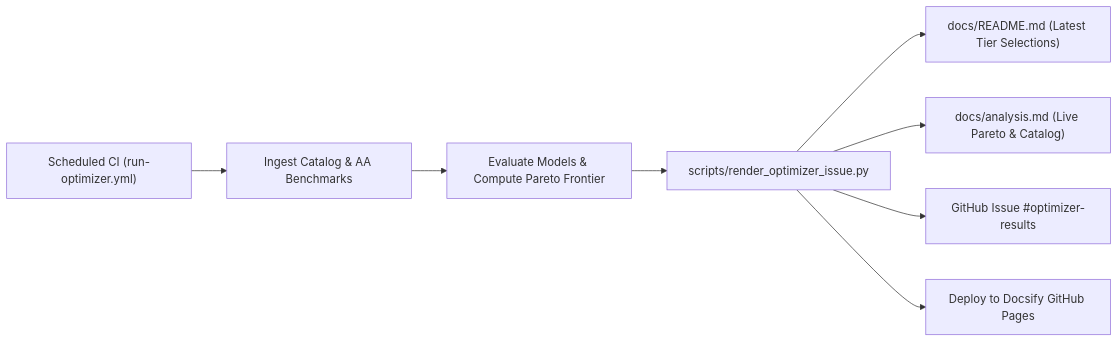
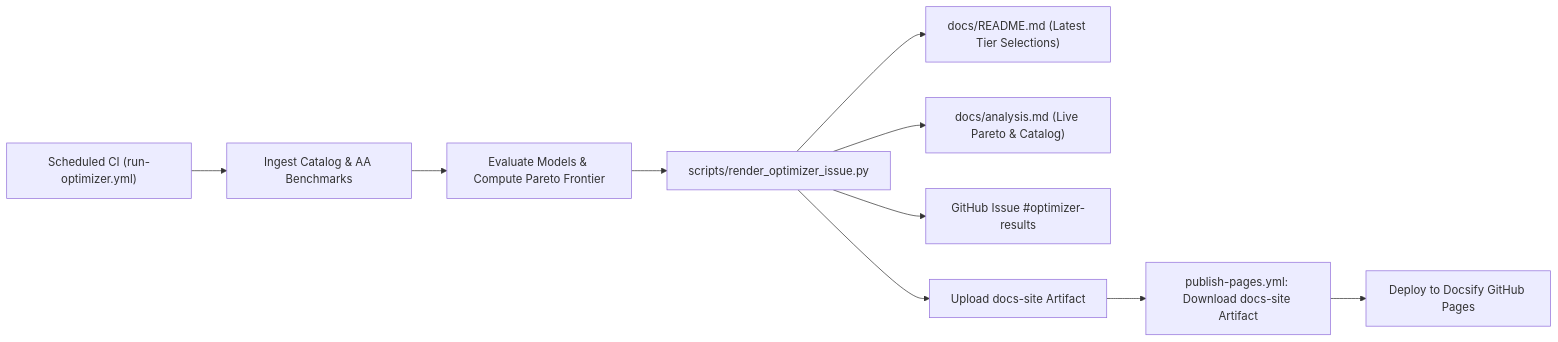
The diagram in docs/README.md (dbensmith/opencode-go-model-optimizer), drawn with Mermaid before and after one commit. The commit also changed 5 other files, not shown here.

Commit message:
feat(ci): publish the Docsify site from a dedicated Pages workflow

````diff
--- a/docs/README.md
+++ b/docs/README.md
@@ -5,10 +5,12 @@
 ```mermaid
 flowchart LR
     CI["Scheduled CI (run-optimizer.yml)"] --> FETCH["Ingest Catalog & AA Benchmarks"]
     FETCH --> OPT["Evaluate Models & Compute Pareto Frontier"]
     OPT --> RENDER["scripts/render_optimizer_issue.py"]
     RENDER --> TIERS["docs/README.md (Latest Tier Selections)"]
     RENDER --> CHARTS["docs/analysis.md (Live Pareto & Catalog)"]
     RENDER --> ISSUE["GitHub Issue #optimizer-results"]
-    RENDER --> PAGES["Deploy to Docsify GitHub Pages"]
+    RENDER --> ARTIFACT["Upload docs-site Artifact"]
+    ARTIFACT --> DOWNLOAD["publish-pages.yml: Download docs-site Artifact"]
+    DOWNLOAD --> PAGES["Deploy to Docsify GitHub Pages"]
 ```
````
